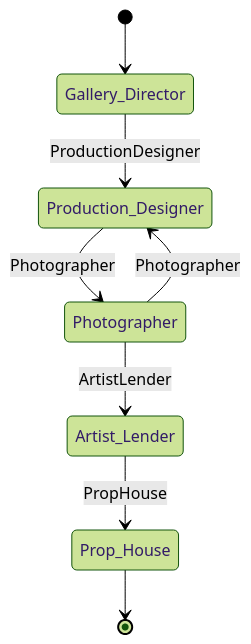
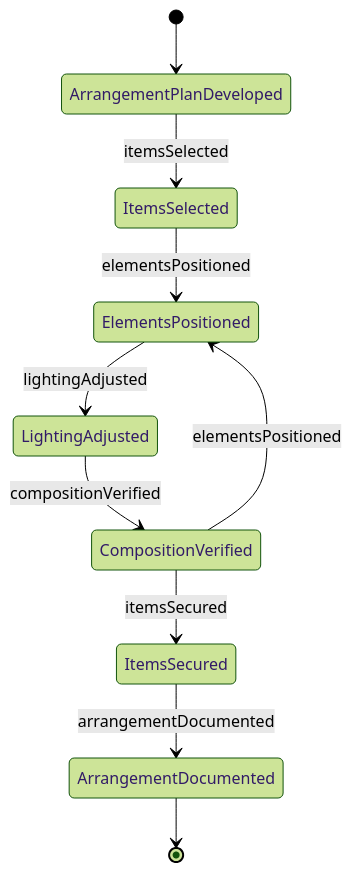
Before and after one commit to dot-org-ai/tasks.org.ai: the second of 4 diagrams in HandlingAndMovingObjects/ArrangeDisplaysOrDecorations/ArrangeArtworkProductsProps.mdx, drawn with Mermaid (forest theme). The commit also changed other lines of this file and 40 other files, not shown here.

First line of the commit message:
fix: Replace Actor-based ER and State diagrams with Entity/Event-based diagrams in 41 HandlingAndMovingObjects DWA files

````diff
--- a/HandlingAndMovingObjects/ArrangeDisplaysOrDecorations/ArrangeArtworkProductsProps.mdx
+++ b/HandlingAndMovingObjects/ArrangeDisplaysOrDecorations/ArrangeArtworkProductsProps.mdx
@@ -98,10 +97,12 @@
 ```mermaid
 stateDiagram-v2
-    [*] --> Gallery_Director
-    Gallery_Director --> Production_Designer: ProductionDesigner
-    Production_Designer --> Photographer: Photographer
-    Photographer --> Artist_Lender: ArtistLender
-    Artist_Lender --> Prop_House: PropHouse
-    Photographer --> Production_Designer: Photographer
-    Prop_House --> [*]
+    [*] --> ArrangementPlanDeveloped
+    ArrangementPlanDeveloped --> ItemsSelected : itemsSelected
+    ItemsSelected --> ElementsPositioned : elementsPositioned
+    ElementsPositioned --> LightingAdjusted : lightingAdjusted
+    LightingAdjusted --> CompositionVerified : compositionVerified
+    CompositionVerified --> ElementsPositioned : elementsPositioned
+    CompositionVerified --> ItemsSecured : itemsSecured
+    ItemsSecured --> ArrangementDocumented : arrangementDocumented
+    ArrangementDocumented --> [*]
 ```
````
